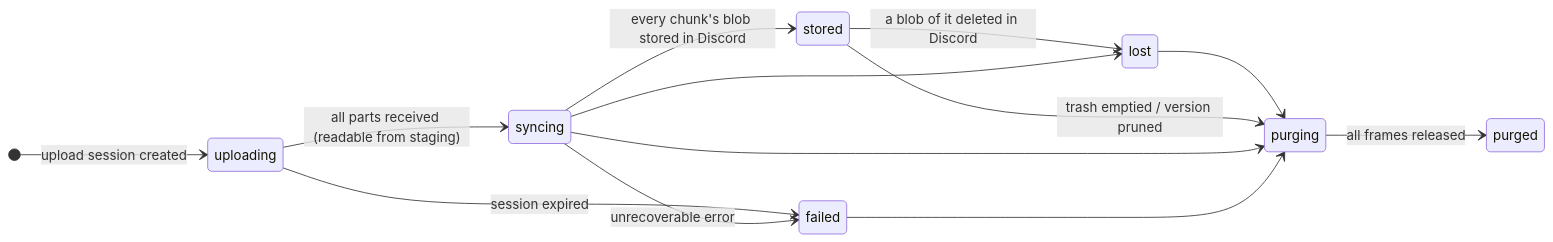
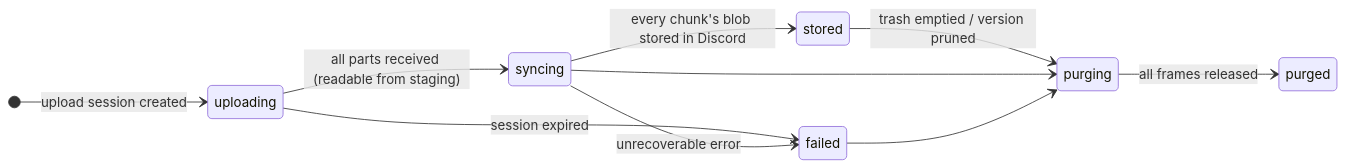
Before and after one commit to AlexB8675/DFS: the fourth of 10 diagrams in docs/DESIGN.md, drawn with Mermaid. The commit also changed other lines of this file and 50 other files, not shown here.

````diff
--- a/docs/DESIGN.md
+++ b/docs/DESIGN.md
@@ -349,16 +348,13 @@
 ```mermaid
 stateDiagram-v2
     direction LR
     [*] --> uploading : upload session created
     uploading --> syncing : all parts received (readable from staging)
     syncing --> stored : every chunk's blob stored in Discord
-    stored --> lost : a blob of it deleted in Discord
-    syncing --> lost
-    lost --> purging
     uploading --> failed : session expired
     syncing --> failed : unrecoverable error
     stored --> purging : trash emptied / version pruned
     syncing --> purging
     failed --> purging
     purging --> purged : all frames released
 ```
````
